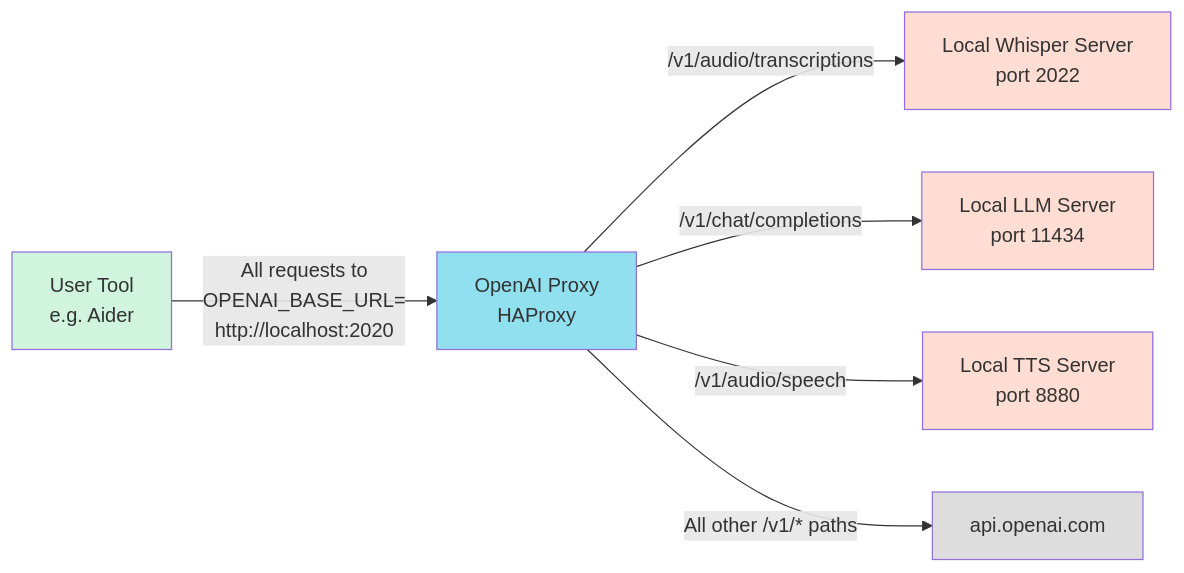
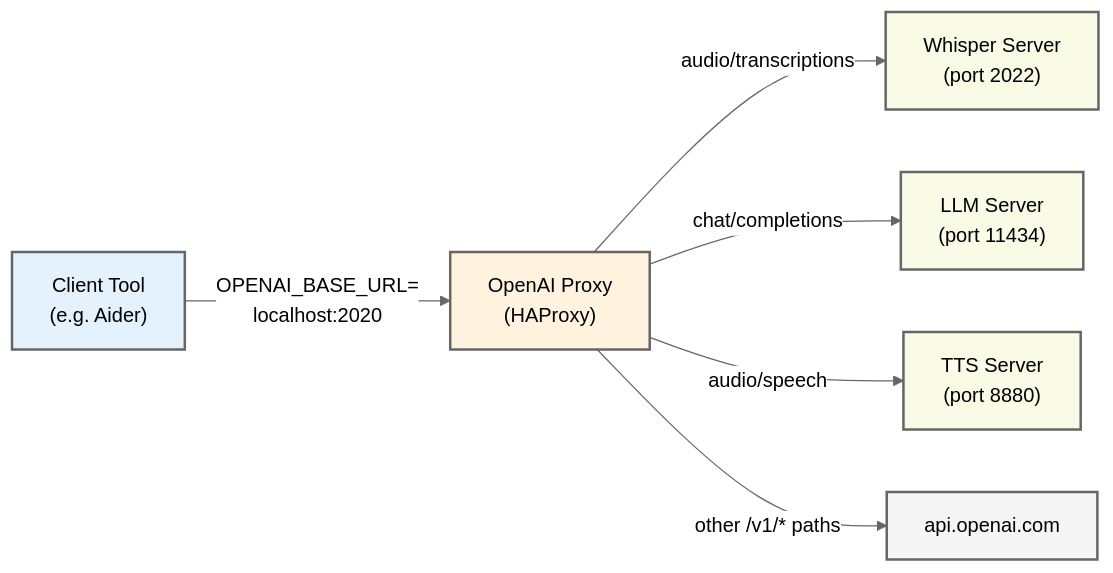
One commit to ailocal/openai-proxy changed the diagram in docs/architecture.md. Above: the diagram before and after it, drawn with Mermaid.

Commit message:
docs: Improve Mermaid diagram accessibility with theme system and semantic styling

````diff
--- a/docs/architecture.md
+++ b/docs/architecture.md
@@ -5,16 +5,30 @@
 ```mermaid
+%%{init: {
+  'theme': 'base',
+  'themeVariables': {
+    'primaryColor': '#fff',
+    'primaryTextColor': '#000',
+    'primaryBorderColor': '#666',
+    'lineColor': '#666',
+    'textColor': '#000'
+  }
+}}%%
 graph LR
-    A[User Tool\ne.g. Aider] -->|All requests to\nOPENAI_BASE_URL=\nhttp://localhost:2020| B[OpenAI Proxy\nHAProxy]
+    A["Client Tool<br/>(e.g. Aider)"] -->|"OPENAI_BASE_URL=<br/>localhost:2020"| B["OpenAI Proxy<br/>(HAProxy)"]
     
-    B -->|/v1/audio/transcriptions| C[Local Whisper Server\nport 2022]
-    B -->|/v1/chat/completions| D[Local LLM Server\nport 11434]
-    B -->|/v1/audio/speech| E[Local TTS Server\nport 8880]
-    B -->|All other /v1/* paths| F[api.openai.com]
+    B -->|"audio/transcriptions"| C["Whisper Server<br/>(port 2022)"]
+    B -->|"chat/completions"| D["LLM Server<br/>(port 11434)"]
+    B -->|"audio/speech"| E["TTS Server<br/>(port 8880)"]
+    B -->|"other /v1/* paths"| F["api.openai.com"]
 
-    style A fill:#d0f4de
-    style B fill:#90e0ef
-    style C fill:#ffddd2
-    style D fill:#ffddd2
-    style E fill:#ffddd2
-    style F fill:#ddd
+    classDef default stroke-width:2px;
+    classDef client fill:#e3f2fd,stroke:#666;
+    classDef proxy fill:#fff3e0,stroke:#666;
+    classDef service fill:#f9fbe7,stroke:#666;
+    classDef remote fill:#f5f5f5,stroke:#666;
+    
+    class A client;
+    class B proxy;
+    class C,D,E service;
+    class F remote;
 ```
````
